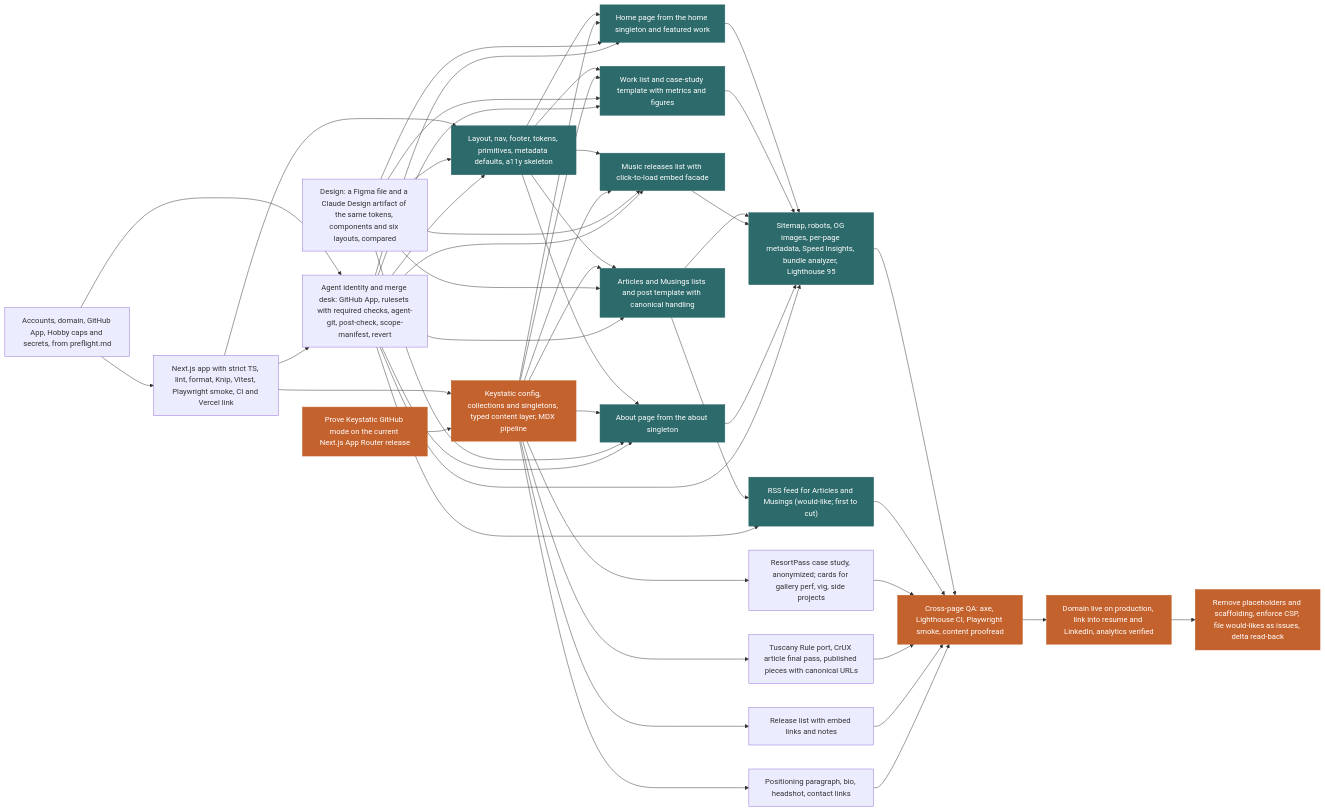
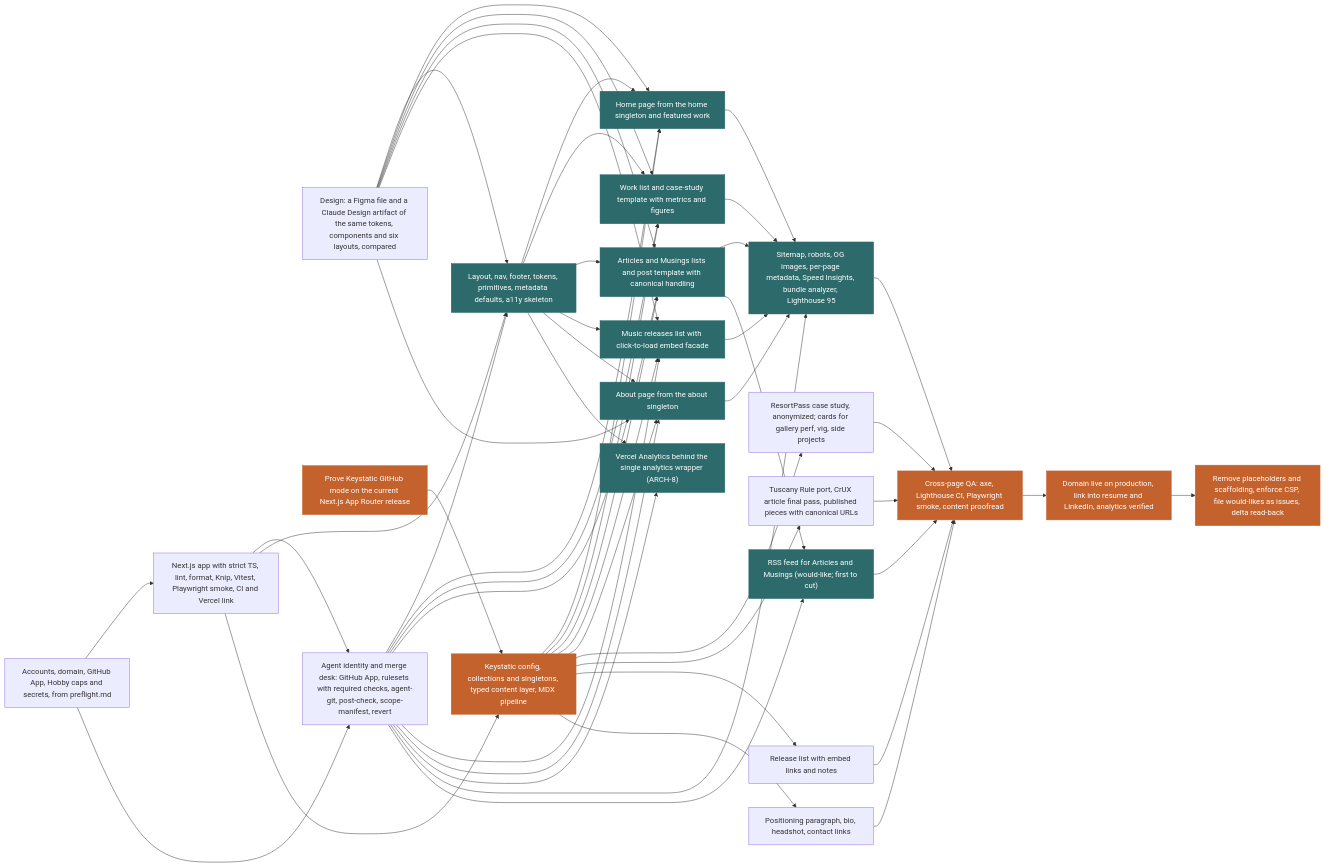
Before and after one commit to defaultdave/defaultdave: the diagram in docs/plan/plan-report.md, drawn with Mermaid. The commit also changed other lines of this file and 3 other files, not shown here.

````diff
--- a/docs/plan/plan-report.md
+++ b/docs/plan/plan-report.md
@@ -98,76 +100,79 @@
 ```mermaid
 graph LR
   u_preflight["Accounts, domain, GitHub App, Hobby caps and secrets, from preflight.md"]
   u_design["Design: a Figma file and a Claude Design artifact of the same tokens, components and six layouts, compared"]
   u_keystatic_spike["Prove Keystatic GitHub mode on the current Next.js App Router release"]
   u_scaffold["Next.js app with strict TS, lint, format, Knip, Vitest, Playwright smoke, CI and Vercel link"]
   u_merge_desk["Agent identity and merge desk: GitHub App, rulesets with required checks, agent-git, post-check, scope-manifest, revert"]
   u_shell["Layout, nav, footer, tokens, primitives, metadata defaults, a11y skeleton"]
   u_cms["Keystatic config, collections and singletons, typed content layer, MDX pipeline"]
   u_page_home["Home page from the home singleton and featured work"]
   u_page_work["Work list and case-study template with metrics and figures"]
   u_page_writing["Articles and Musings lists and post template with canonical handling"]
   u_page_music["Music releases list with click-to-load embed facade"]
   u_page_about["About page from the about singleton"]
   u_content_work["ResortPass case study, anonymized; cards for gallery perf, vig, side projects"]
   u_content_writing["Tuscany Rule port, CrUX article final pass, published pieces with canonical URLs"]
   u_content_music["Release list with embed links and notes"]
   u_content_home_about["Positioning paragraph, bio, headshot, contact links"]
+  u_analytics["Vercel Analytics behind the single analytics wrapper (ARCH-8)"]
   u_seo_perf["Sitemap, robots, OG images, per-page metadata, Speed Insights, bundle analyzer, Lighthouse 95"]
   u_feed["RSS feed for Articles and Musings (would-like; first to cut)"]
   u_qa_pass["Cross-page QA: axe, Lighthouse CI, Playwright smoke, content proofread"]
   u_launch["Domain live on production, link into resume and LinkedIn, analytics verified"]
   u_tail["Remove placeholders and scaffolding, enforce CSP, file would-likes as issues, delta read-back"]
   u_preflight --> u_scaffold
   u_preflight --> u_merge_desk
   u_scaffold --> u_merge_desk
   u_scaffold --> u_shell
   u_design --> u_shell
   u_merge_desk --> u_shell
   u_scaffold --> u_cms
   u_keystatic_spike --> u_cms
   u_shell --> u_page_home
   u_cms --> u_page_home
   u_design --> u_page_home
   u_merge_desk --> u_page_home
   u_shell --> u_page_work
   u_cms --> u_page_work
   u_design --> u_page_work
   u_merge_desk --> u_page_work
   u_shell --> u_page_writing
   u_cms --> u_page_writing
   u_design --> u_page_writing
   u_merge_desk --> u_page_writing
   u_shell --> u_page_music
   u_cms --> u_page_music
   u_design --> u_page_music
   u_merge_desk --> u_page_music
   u_shell --> u_page_about
   u_cms --> u_page_about
   u_design --> u_page_about
   u_merge_desk --> u_page_about
   u_cms --> u_content_work
   u_cms --> u_content_writing
   u_cms --> u_content_music
   u_cms --> u_content_home_about
+  u_shell --> u_analytics
+  u_merge_desk --> u_analytics
   u_page_home --> u_seo_perf
   u_page_work --> u_seo_perf
   u_page_writing --> u_seo_perf
   u_page_music --> u_seo_perf
   u_page_about --> u_seo_perf
   u_merge_desk --> u_seo_perf
   u_page_writing --> u_feed
   u_merge_desk --> u_feed
   u_seo_perf --> u_qa_pass
   u_feed --> u_qa_pass
   u_content_work --> u_qa_pass
   u_content_writing --> u_qa_pass
   u_content_music --> u_qa_pass
   u_content_home_about --> u_qa_pass
   u_qa_pass --> u_launch
   u_launch --> u_tail
   classDef critical fill:#c4622d,stroke:#c4622d,color:#ffffff
   classDef fanout fill:#2d6a6b,stroke:#2d6a6b,color:#ffffff
   class u_keystatic_spike,u_cms,u_page_work,u_page_writing,u_seo_perf,u_qa_pass,u_launch,u_tail critical
-  class u_shell,u_page_home,u_page_work,u_page_writing,u_page_music,u_page_about,u_seo_perf,u_feed fanout
+  class u_shell,u_page_home,u_page_work,u_page_writing,u_page_music,u_page_about,u_analytics,u_seo_perf,u_feed fanout
 ```
````
